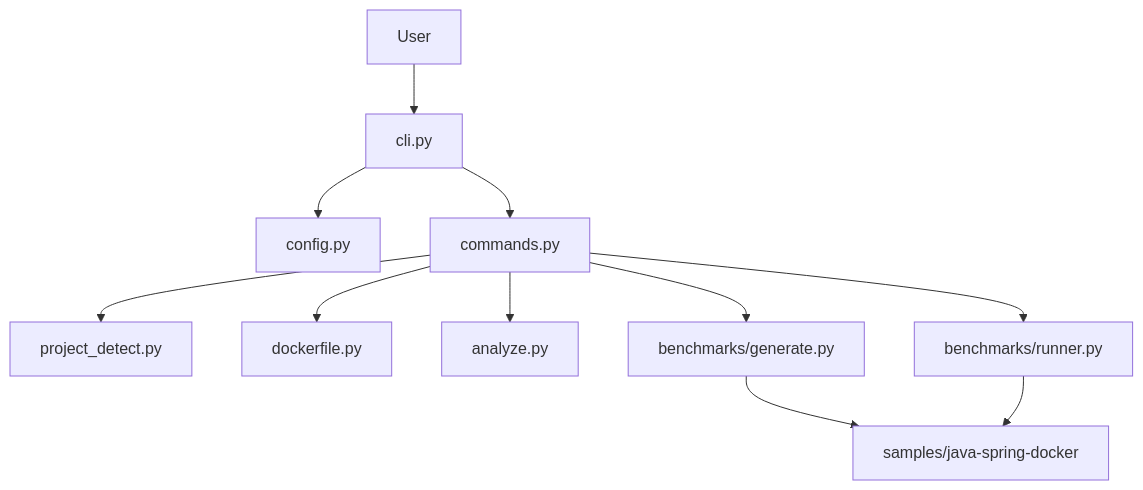
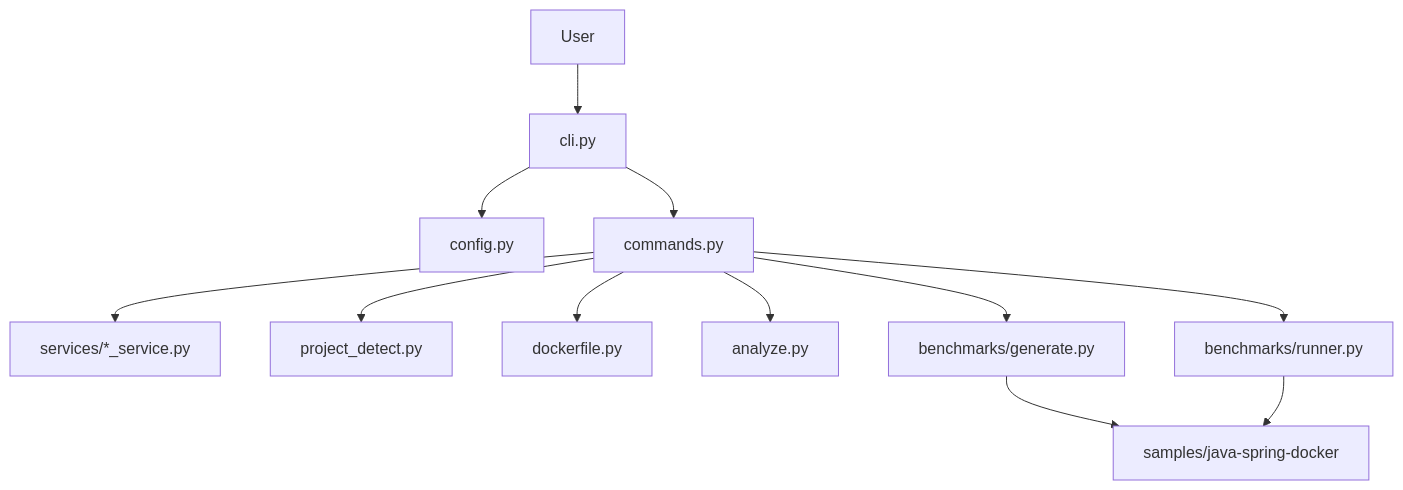
Before and after one commit to mnafshin/java-spring-docker: the diagram in docs/architecture.md, drawn with Mermaid. The commit also changed other lines of this file and 7 other files, not shown here.

Commit message:
Refactor commands into service layer

````diff
--- a/docs/architecture.md
+++ b/docs/architecture.md
@@ -7,13 +7,14 @@
 ```mermaid
 flowchart TD
   user[User] --> cli[cli.py]
   cli --> config[config.py]
   cli --> commands[commands.py]
+  commands --> services[services/*_service.py]
   commands --> detect[project_detect.py]
   commands --> dockerfile[dockerfile.py]
   commands --> analyze[analyze.py]
   commands --> benchgen[benchmarks/generate.py]
   commands --> benchr[benchmarks/runner.py]
   benchgen --> sample[samples/java-spring-docker]
   benchr --> sample
 ```
````
